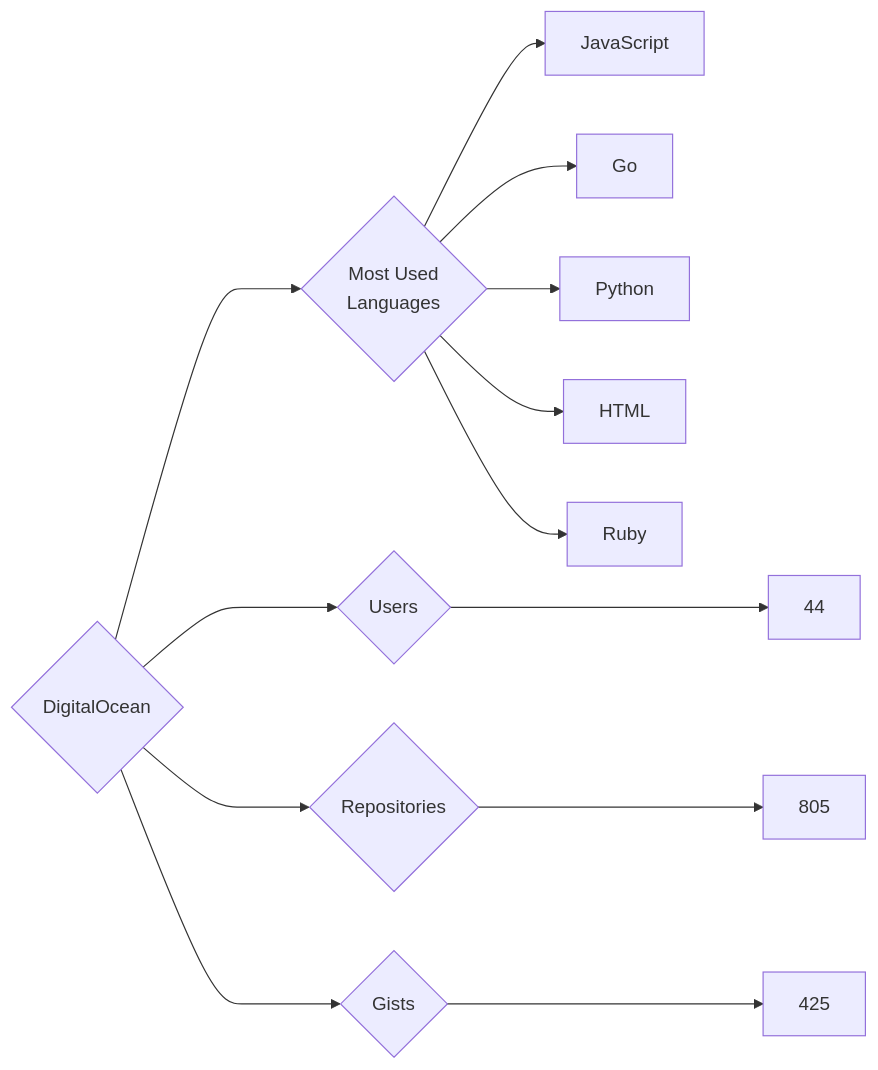
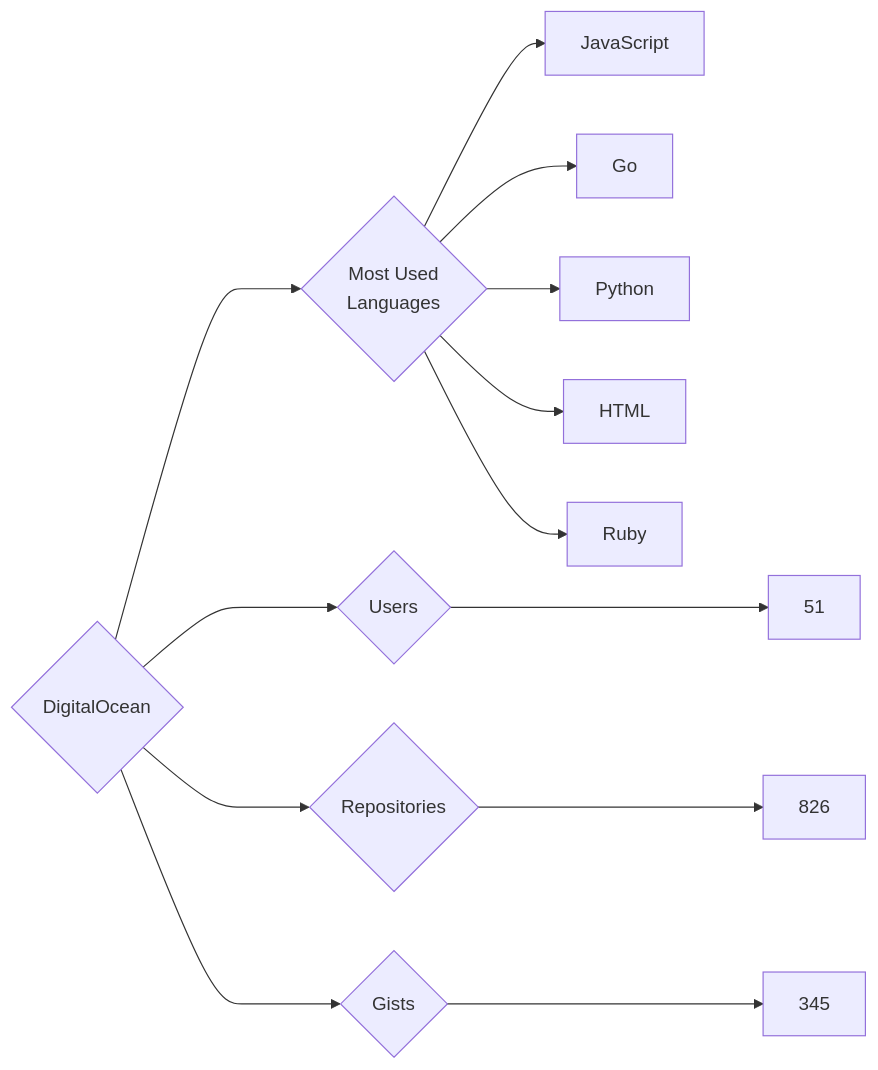
Before and after one commit to trickest/insiders: the diagram in targets/DigitalOcean/README.md, drawn with Mermaid. The commit also changed 932 other files, not shown here.

````diff
--- a/targets/DigitalOcean/README.md
+++ b/targets/DigitalOcean/README.md
@@ -3,13 +3,13 @@
 ```mermaid
 graph LR
 COMPANY_NAME{DigitalOcean}
-COMPANY_NAME ---> U{Users} ---> UN[44]
-COMPANY_NAME ---> R{Repositories} ---> RN[805]
-COMPANY_NAME ---> G{Gists} ---> GN[425]
+COMPANY_NAME ---> U{Users} ---> UN[51]
+COMPANY_NAME ---> R{Repositories} ---> RN[826]
+COMPANY_NAME ---> G{Gists} ---> GN[345]
 COMPANY_NAME ---> ML{Most Used<br>Languages}
 ML --> JavaScript[JavaScript]
 ML --> Go[Go]
 ML --> Python[Python]
 ML --> HTML[HTML]
 ML --> Ruby[Ruby]
 ```
````
